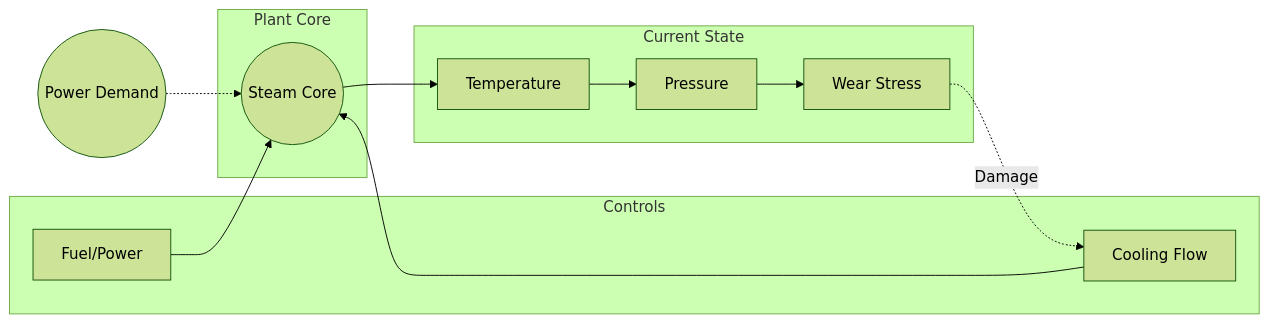
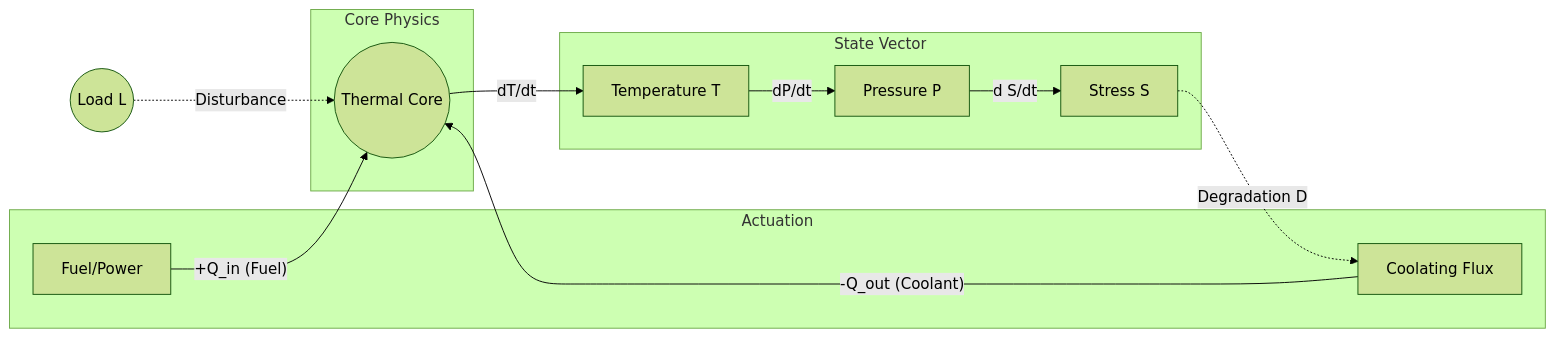
One commit to KaushalrajPuwar/Thermal-Plant-Control-Env changed the diagram in README.md. Above: the diagram before and after it, drawn with Mermaid (forest theme). The commit also changed other lines of this file, not shown here.

````diff
--- a/README.md
+++ b/README.md
@@ -45,26 +47,26 @@
- ```mermaid
- graph LR
-     subgraph "Controls"
-         U[Fuel/Power]
-         F[Cooling Flow]
-     end
-     
-     subgraph "Plant Core"
-         Core((Steam Core))
-     end
-     
-     subgraph "Current State"
-         T[Temperature]
-         Pr[Pressure]
-         S[Wear Stress]
-     end
- 
-     U --> Core
-     F --> Core
-     Core --> T
-     T --> Pr
-     Pr --> S
-     S -.-> |"Damage"| F
-     
-     L((Power Demand)) -.-> Core
- ```
+```mermaid
+graph LR
+    subgraph "Actuation"
+        U[Fuel/Power]
+        F[Coolating Flux]
+    end
+    
+    subgraph "Core Physics"
+        Core((Thermal Core))
+    end
+    
+    subgraph "State Vector"
+        T[Temperature T]
+        Pr[Pressure P]
+        S[Stress S]
+    end
+
+    U --> |"+Q_in (Fuel)"| Core
+    F --> |"-Q_out (Coolant)"| Core
+    Core --> |"dT/dt"| T
+    T --> |"dP/dt"| Pr
+    Pr --> |"d S/dt"| S
+    S -.-> |"Degradation D"| F
+    
+    L((Load L)) -.-> |"Disturbance"| Core
+```
````
